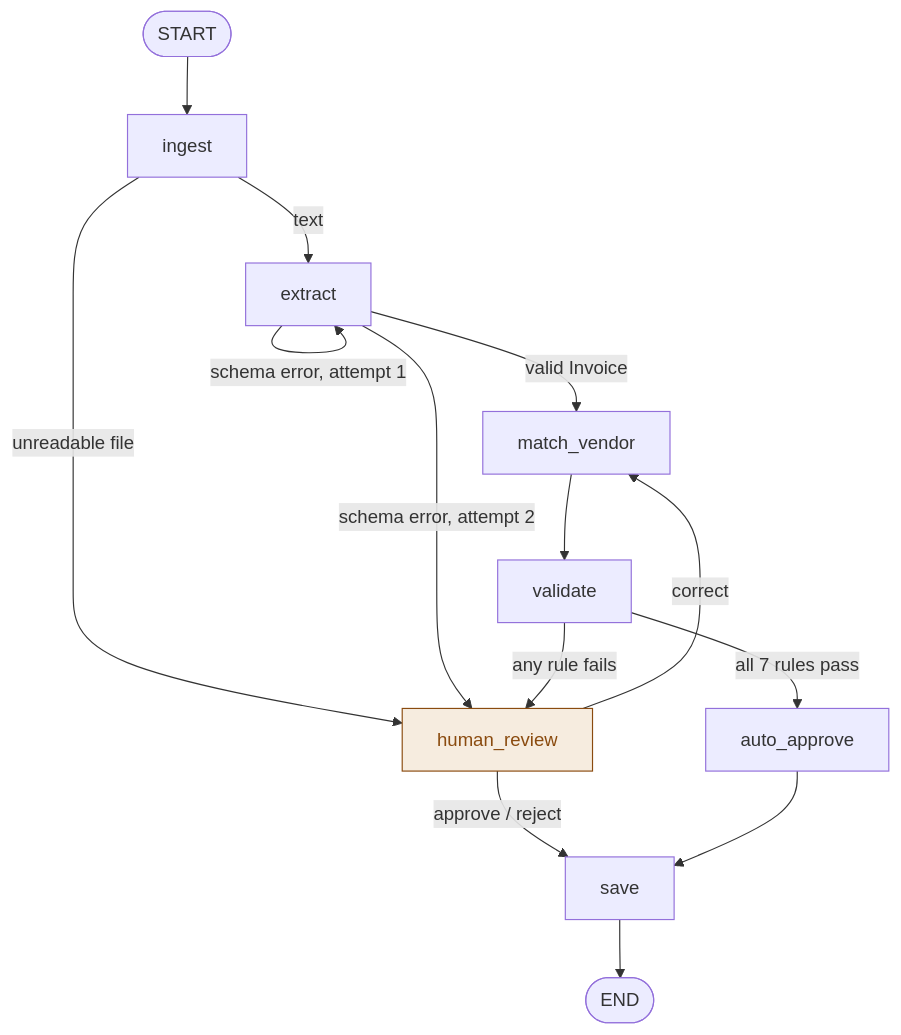
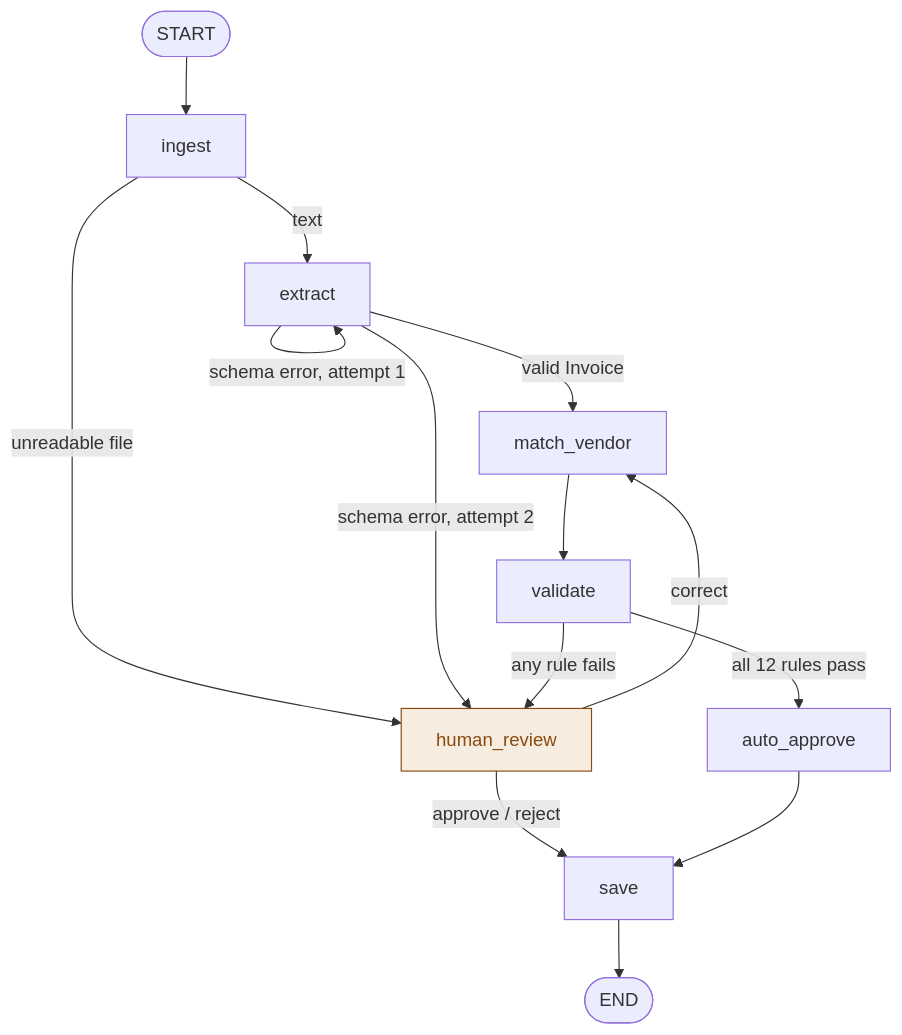
One commit to Nityaa08/invoice-agent changed the diagram in README.md. Above: the diagram before and after it, drawn with Mermaid. The commit also changed other lines of this file and 1 other file, not shown here.

````diff
--- a/README.md
+++ b/README.md
@@ -27,19 +27,19 @@
 ```mermaid
 flowchart TD
     S([START]) --> ingest
     ingest -->|text| extract
     ingest -->|unreadable file| human_review
     extract -->|valid Invoice| match_vendor
     extract -->|schema error, attempt 1| extract
     extract -->|schema error, attempt 2| human_review
     match_vendor --> validate
-    validate -->|all 7 rules pass| auto_approve
+    validate -->|all 12 rules pass| auto_approve
     validate -->|any rule fails| human_review
     human_review -->|approve / reject| save
     human_review -->|correct| match_vendor
     auto_approve --> save
     save --> E([END])
 
     classDef pause fill:#f6ecdf,stroke:#8a4b0f,color:#8a4b0f
     class human_review pause
 ```
````
